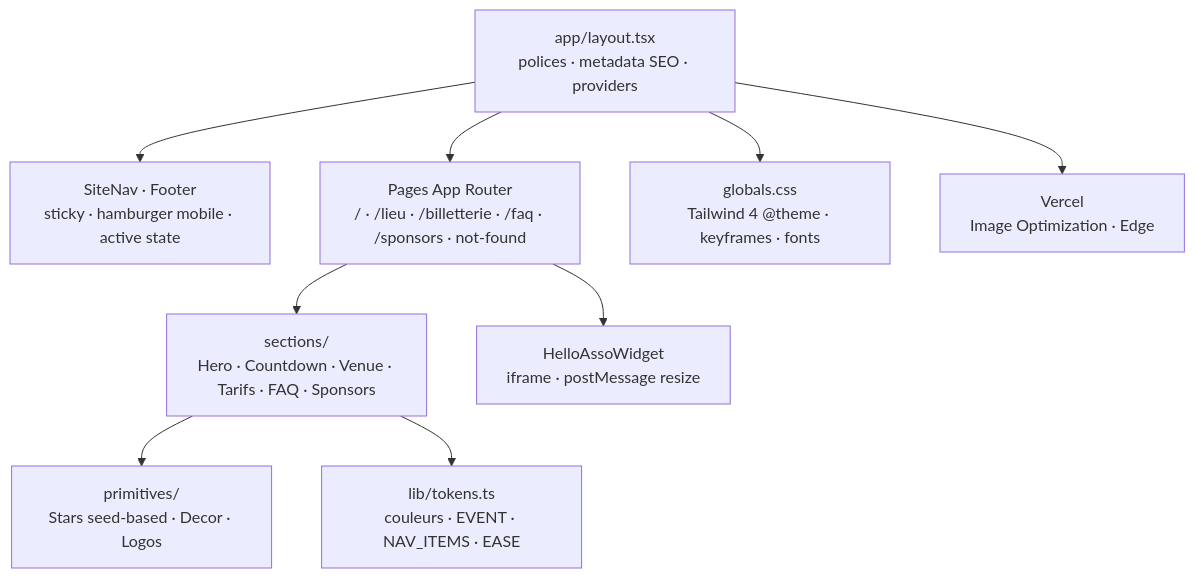
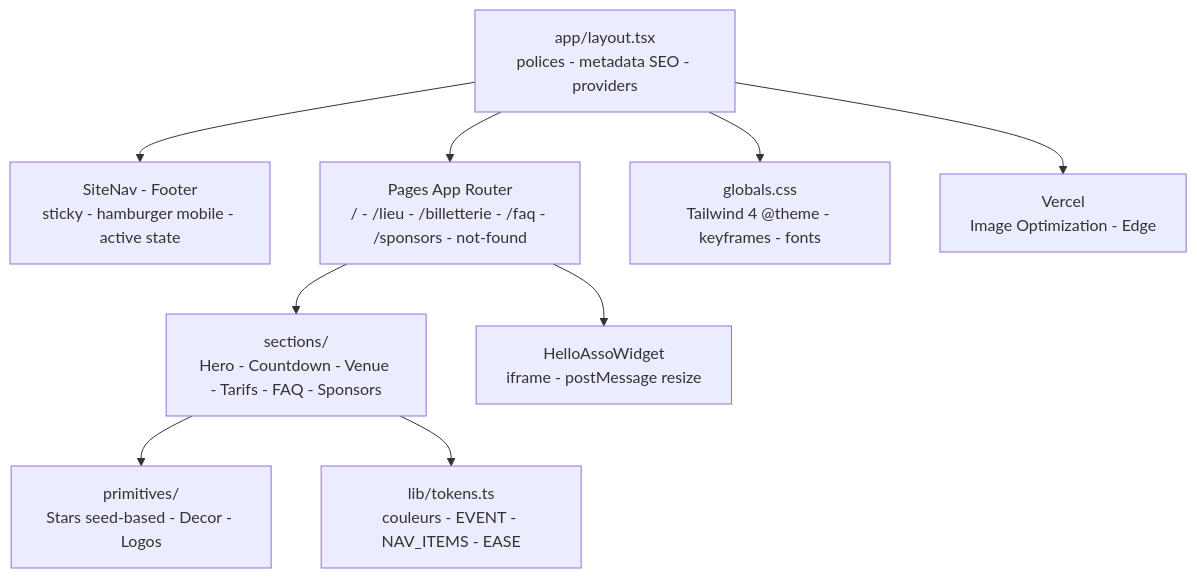
One commit to Adam-Blf/la-nuit-de-l-efrei changed the diagram in README.md. Above: the diagram before and after it, drawn with Mermaid. The commit also changed other lines of this file, not shown here.

````diff
--- a/README.md
+++ b/README.md
@@ -24,21 +24,21 @@
 ```mermaid
 flowchart TB
-    L["app/layout.tsx<br/>polices · metadata SEO · providers"]
-    NAV["SiteNav · Footer<br/>sticky · hamburger mobile · active state"]
-    PAGES["Pages App Router<br/>/ · /lieu · /billetterie · /faq · /sponsors · not-found"]
-    SEC["sections/<br/>Hero · Countdown · Venue · Tarifs · FAQ · Sponsors"]
-    PRIM["primitives/<br/>Stars seed-based · Decor · Logos"]
-    TOK["lib/tokens.ts<br/>couleurs · EVENT · NAV_ITEMS · EASE"]
-    CSS["globals.css<br/>Tailwind 4 @theme · keyframes · fonts"]
-    HA["HelloAssoWidget<br/>iframe · postMessage resize"]
-    V["Vercel<br/>Image Optimization · Edge"]
+    L["app/layout.tsx<br/>polices - metadata SEO - providers"]
+    NAV["SiteNav - Footer<br/>sticky - hamburger mobile - active state"]
+    PAGES["Pages App Router<br/>/ - /lieu - /billetterie - /faq - /sponsors - not-found"]
+    SEC["sections/<br/>Hero - Countdown - Venue - Tarifs - FAQ - Sponsors"]
+    PRIM["primitives/<br/>Stars seed-based - Decor - Logos"]
+    TOK["lib/tokens.ts<br/>couleurs - EVENT - NAV_ITEMS - EASE"]
+    CSS["globals.css<br/>Tailwind 4 @theme - keyframes - fonts"]
+    HA["HelloAssoWidget<br/>iframe - postMessage resize"]
+    V["Vercel<br/>Image Optimization - Edge"]
 
     L --> NAV
     L --> PAGES
     PAGES --> SEC
     SEC --> PRIM
     SEC --> TOK
     L --> CSS
     PAGES --> HA
     L --> V
 ```
````
